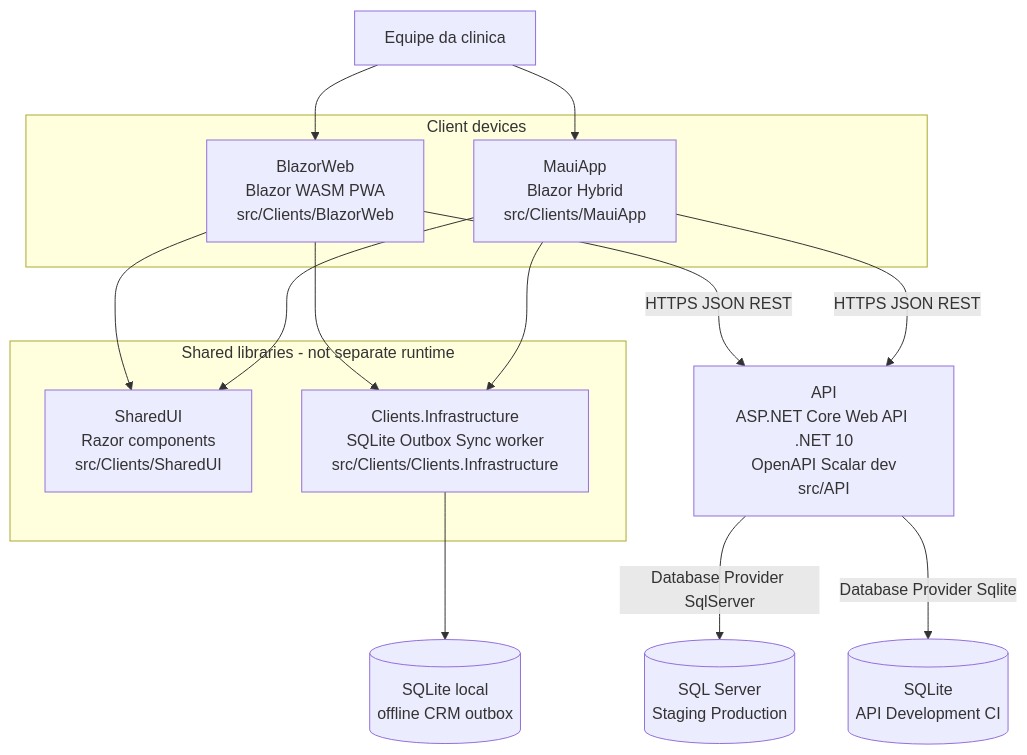
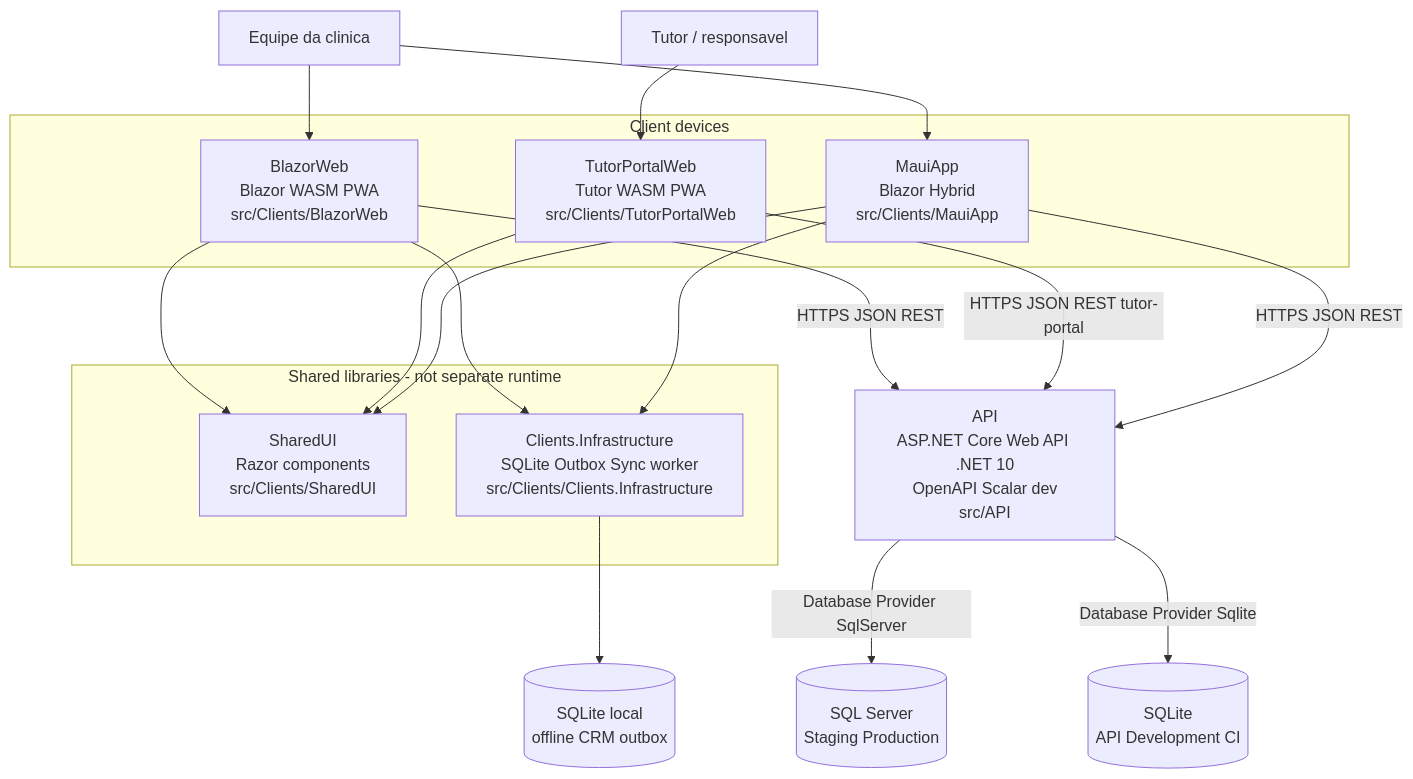
Before and after one commit to ronaldocestrela/sysvet: the diagram in docs/diagramas/c4-containers.mmd, drawn with Mermaid. The commit also changed 97 other files, not shown here.

Commit message:
8.4 Módulo TutorPortal — base

```diff
--- a/docs/diagramas/c4-containers.mmd
+++ b/docs/diagramas/c4-containers.mmd
@@ -1,33 +1,38 @@
 %% C4 Level 2 — Containers (aligned with src/)
 flowchart TB
     subgraph clients [Client devices]
         BlazorWeb["BlazorWeb<br/>Blazor WASM PWA<br/>src/Clients/BlazorWeb"]
+        TutorPortalWeb["TutorPortalWeb<br/>Tutor WASM PWA<br/>src/Clients/TutorPortalWeb"]
         MauiApp["MauiApp<br/>Blazor Hybrid<br/>src/Clients/MauiApp"]
     end
 
     subgraph libs [Shared libraries - not separate runtime]
         SharedUI["SharedUI<br/>Razor components<br/>src/Clients/SharedUI"]
         ClientInfra["Clients.Infrastructure<br/>SQLite Outbox Sync worker<br/>src/Clients/Clients.Infrastructure"]
     end
 
     Api["API<br/>ASP.NET Core Web API .NET 10<br/>OpenAPI Scalar dev<br/>src/API"]
 
     SqliteLocal[("SQLite local<br/>offline CRM outbox")]
     SqlServer[("SQL Server<br/>Staging Production")]
     SqliteDev[("SQLite<br/>API Development CI")]
 
     Staff["Equipe da clinica"]
 
+    Tutor["Tutor / responsavel"]
     Staff --> BlazorWeb
     Staff --> MauiApp
+    Tutor --> TutorPortalWeb
     BlazorWeb --> SharedUI
+    TutorPortalWeb --> SharedUI
     MauiApp --> SharedUI
     BlazorWeb --> ClientInfra
     MauiApp --> ClientInfra
 
     BlazorWeb -->|"HTTPS JSON REST"| Api
+    TutorPortalWeb -->|"HTTPS JSON REST tutor-portal"| Api
     MauiApp -->|"HTTPS JSON REST"| Api
     ClientInfra --> SqliteLocal
 
     Api -->|"Database Provider SqlServer"| SqlServer
     Api -->|"Database Provider Sqlite"| SqliteDev
```
